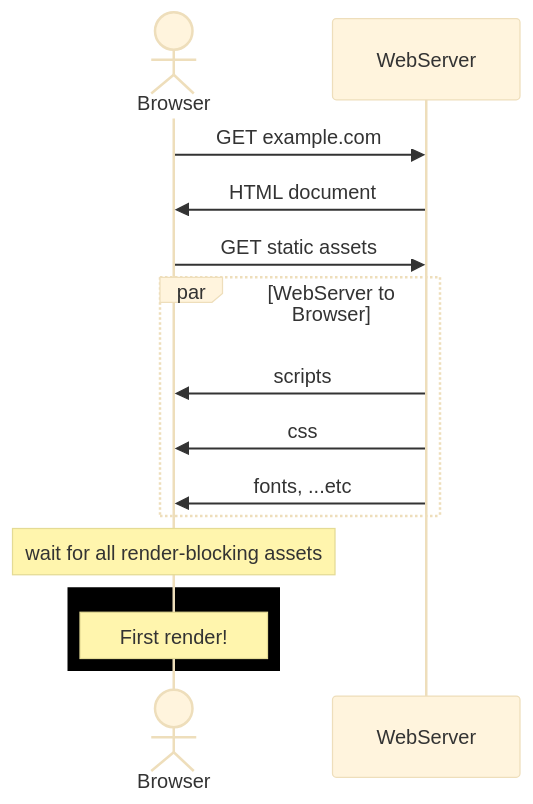
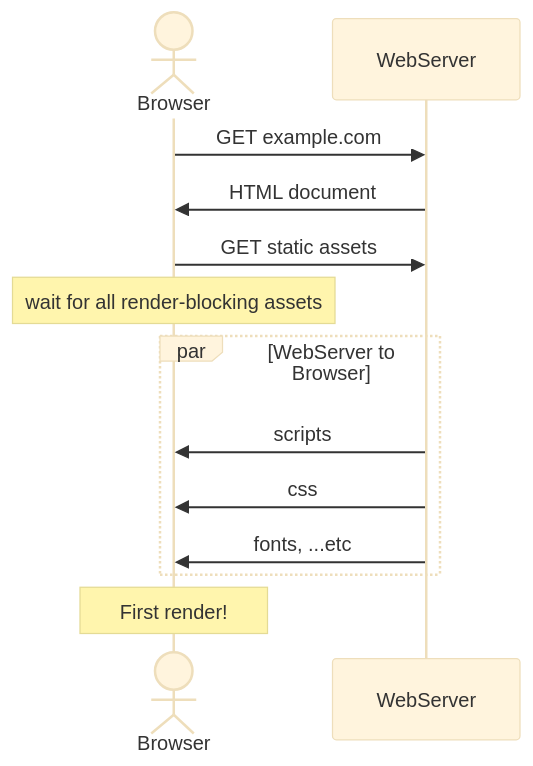
Before and after one commit to wenchonglee/paradigms: the diagram in README.md, drawn with Mermaid (base theme). The commit also changed other lines of this file and 13 other files, not shown here.

````diff
--- a/README.md
+++ b/README.md
@@ -101,16 +97,14 @@
 ```mermaid
 sequenceDiagram
     actor Browser
     Browser->>WebServer: GET example.com
     WebServer->>Browser: HTML document
     Browser->>WebServer: GET static assets
+    Note over Browser: wait for all render-blocking assets
     par WebServer to Browser
       WebServer->>Browser: scripts
       WebServer->>Browser: css
       WebServer->>Browser: fonts, ...etc
     end
-    Note over Browser: wait for all render-blocking assets
-    rect rgb(0, 0, 0)
     Note over Browser: First render!
-    end
 ```
````
